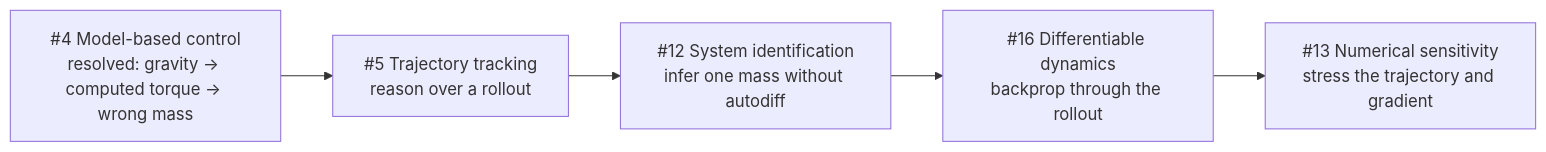
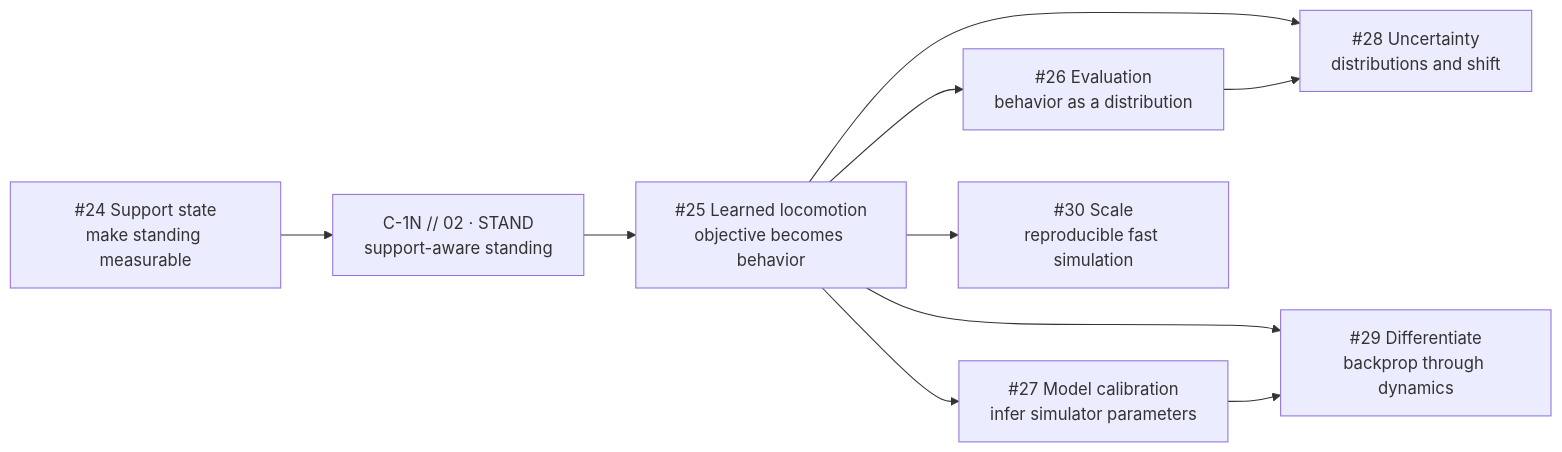
The diagram in README.md (haidmoham/robotics-test-bench), drawn with Mermaid before and after one commit. The commit also changed other lines of this file, not shown here.

Commit message:
replace legacy concept graph with simulation frontier

````diff
--- a/README.md
+++ b/README.md
@@ -50,10 +44,20 @@
 ```mermaid
 flowchart LR
-    R04["#4 Model-based control<br/>resolved: gravity → computed torque → wrong mass"]
-    R05["#5 Trajectory tracking<br/>reason over a rollout"]
-    R12["#12 System identification<br/>infer one mass without autodiff"]
-    R16["#16 Differentiable dynamics<br/>backprop through the rollout"]
-    R13["#13 Numerical sensitivity<br/>stress the trajectory and gradient"]
+    S["#24 Support state<br/>make standing measurable"]
+    C["C-1N // 02 · STAND<br/>support-aware standing"]
+    L["#25 Learned locomotion<br/>objective becomes behavior"]
+    E["#26 Evaluation<br/>behavior as a distribution"]
+    M["#27 Model calibration<br/>infer simulator parameters"]
+    U["#28 Uncertainty<br/>distributions and shift"]
+    D["#29 Differentiate<br/>backprop through dynamics"]
+    X["#30 Scale<br/>reproducible fast simulation"]
 
-    R04 --> R05 --> R12 --> R16 --> R13
+    S --> C --> L
+    L --> E
+    L --> M
+    L --> U
+    L --> D
+    L --> X
+    M --> D
+    E --> U
 ```
````
